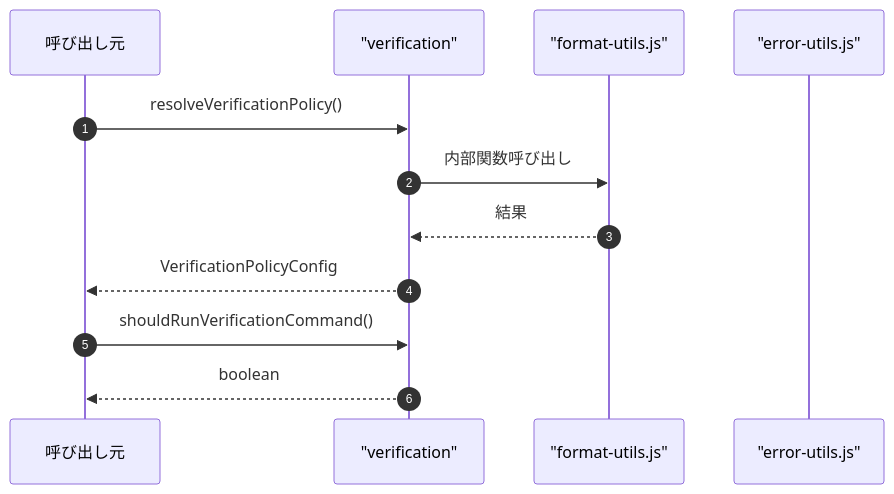
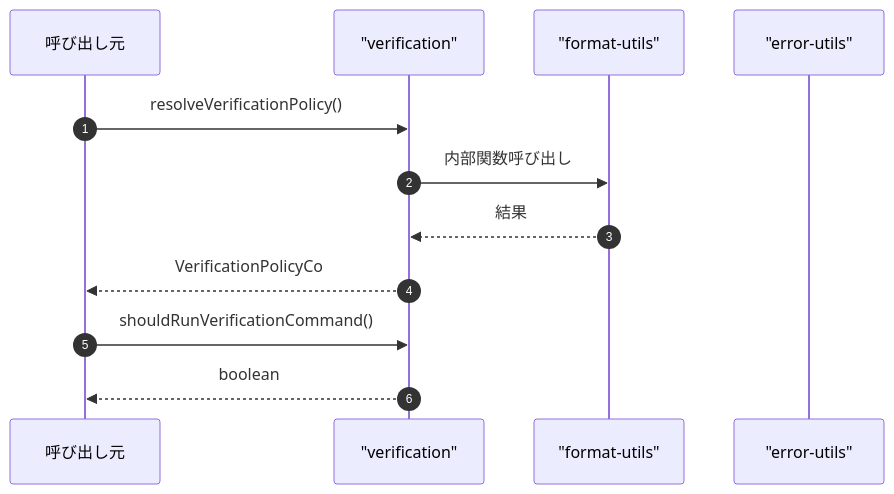
One commit to Mekann2904/mekann changed the fourth of 4 diagrams in ABDD/.pi/extensions/loop/verification.md. Above: the diagram before and after it, drawn with Mermaid. The commit also changed other lines of this file and 174 other files, not shown here.

First line of the commit message:
fix(docs): ABDDのMermaid図生成エラーを修正する

````diff
--- a/ABDD/.pi/extensions/loop/verification.md
+++ b/ABDD/.pi/extensions/loop/verification.md
@@ -100,16 +100,16 @@
 ```mermaid
 sequenceDiagram
   autonumber
   participant Caller as 呼び出し元
   participant verification as "verification"
-  participant format_utils_js as "format-utils.js"
-  participant error_utils_js as "error-utils.js"
+  participant format_utils as "format-utils"
+  participant error_utils as "error-utils"
 
   Caller->>verification: resolveVerificationPolicy()
-  verification->>format_utils_js: 内部関数呼び出し
-  format_utils_js-->>verification: 結果
-  verification-->>Caller: VerificationPolicyConfig
+  verification->>format_utils: 内部関数呼び出し
+  format_utils-->>verification: 結果
+  verification-->>Caller: VerificationPolicyCo
 
   Caller->>verification: shouldRunVerificationCommand()
   verification-->>Caller: boolean
 ```
````
